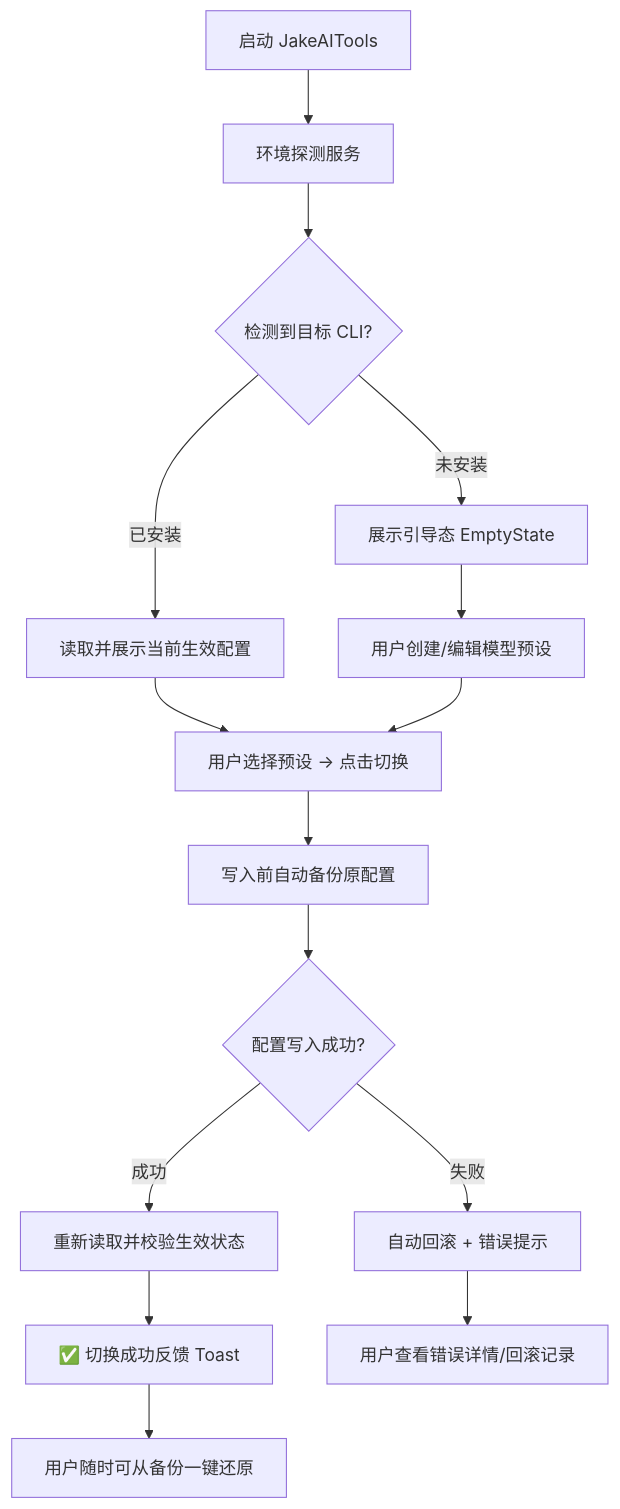
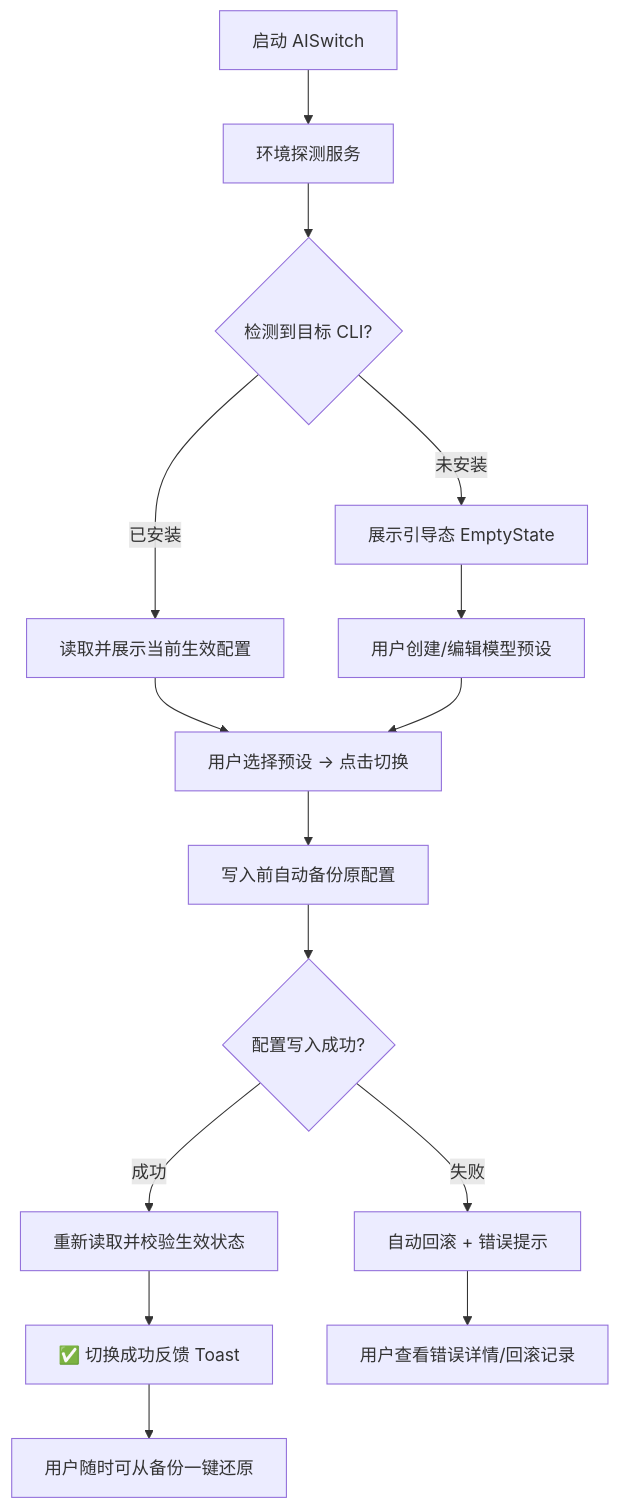
The diagram in docs/PRD.md (small-dream/AISwitch), drawn with Mermaid before and after one commit. The commit also changed other lines of this file and 19 other files, not shown here.

First line of the commit message:
refactor: rename JakeAITools to AISwitch globally

````diff
--- a/docs/PRD.md
+++ b/docs/PRD.md
@@ -84,17 +84,17 @@
 ```mermaid
 flowchart TD
-    A[启动 JakeAITools] --> B[环境探测服务]
+    A[启动 AISwitch] --> B[环境探测服务]
     B --> C{检测到目标 CLI?}
     C -- 未安装 --> D[展示引导态 EmptyState]
     C -- 已安装 --> E[读取并展示当前生效配置]
     D --> F[用户创建/编辑模型预设]
     E --> G[用户选择预设 → 点击切换]
     F --> G
     G --> H[写入前自动备份原配置]
     H --> I{配置写入成功?}
     I -- 失败 --> J[自动回滚 + 错误提示]
     I -- 成功 --> K[重新读取并校验生效状态]
     K --> L[✅ 切换成功反馈 Toast]
     J --> M[用户查看错误详情/回滚记录]
     L --> N[用户随时可从备份一键还原]
 ```
````
